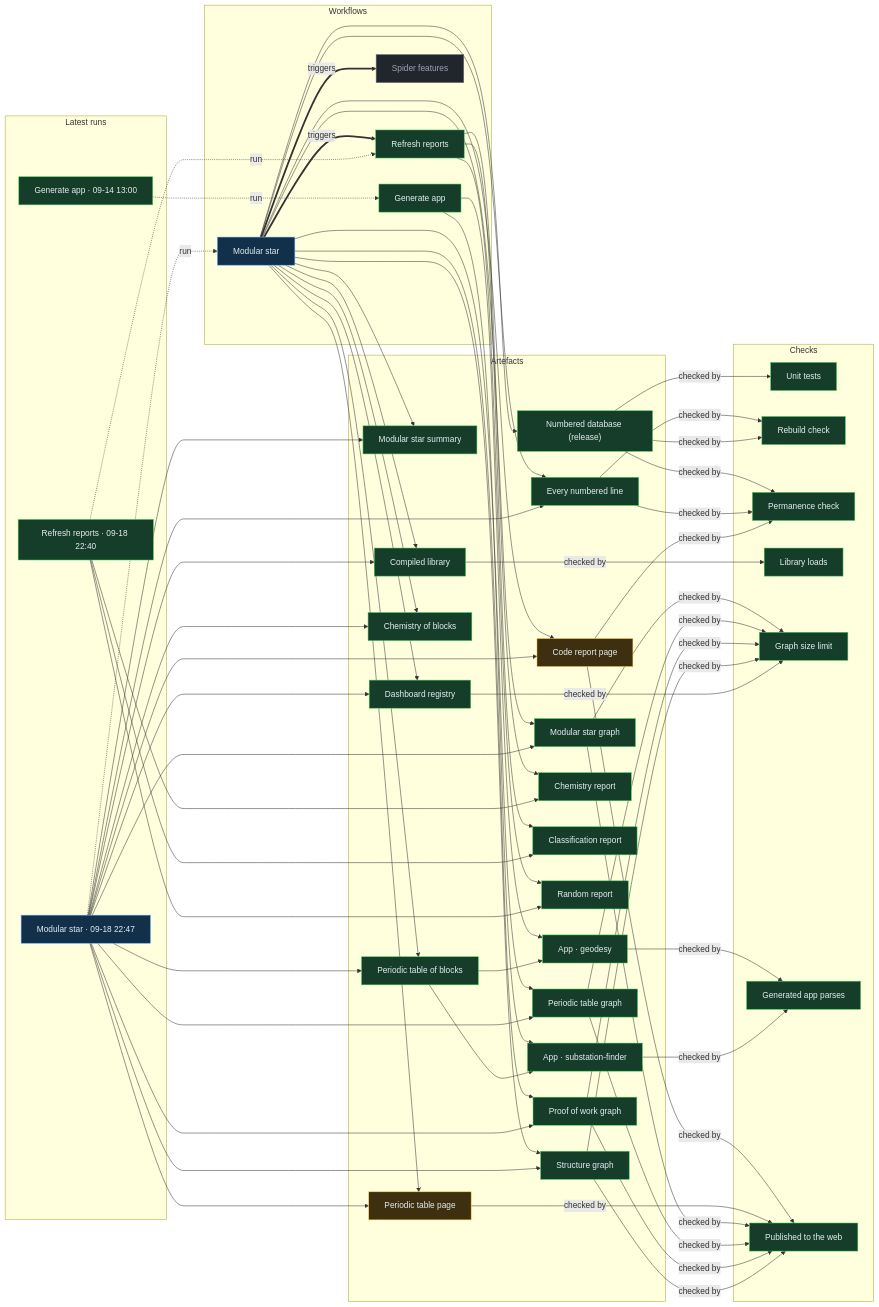
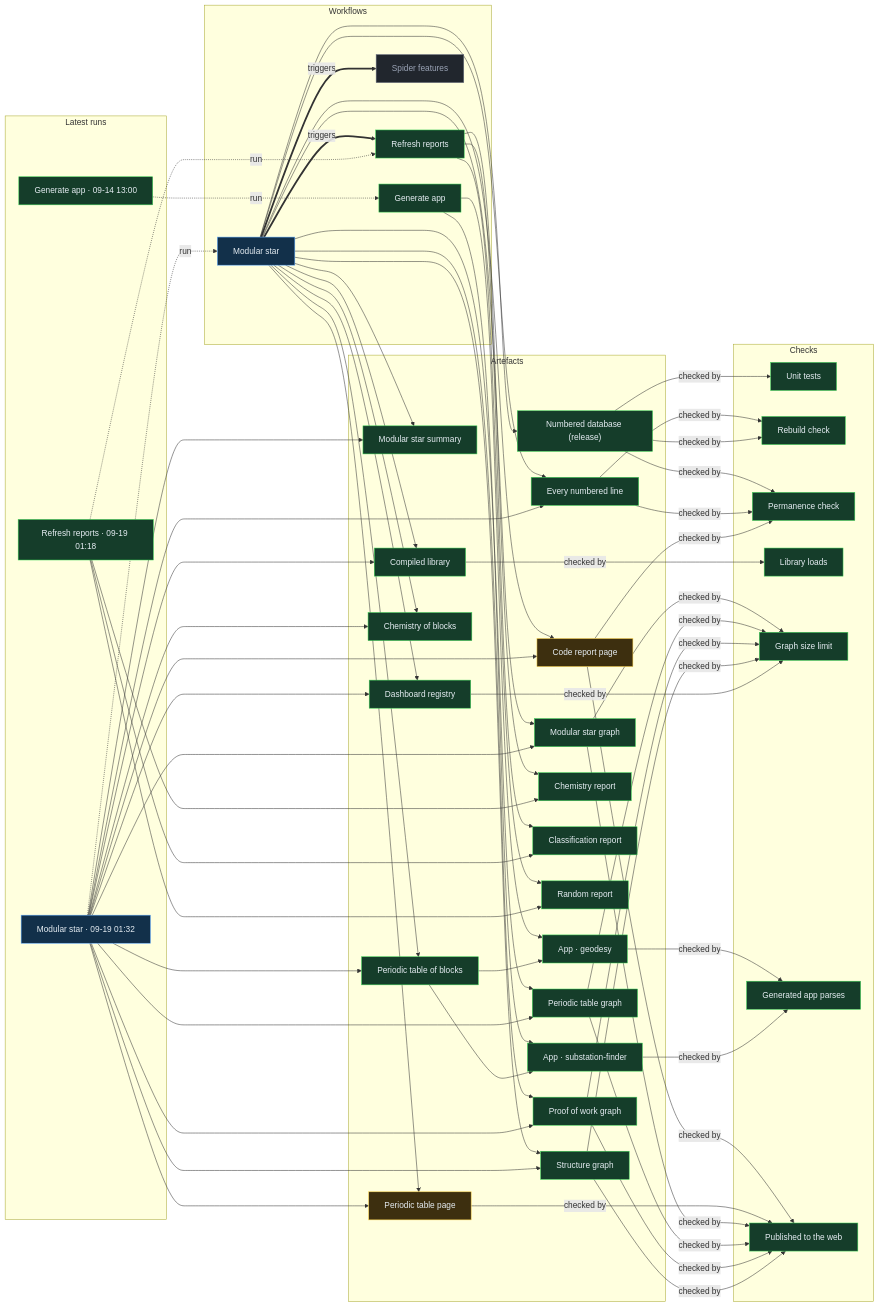
The diagram in proof/PROOF.md (Ventusltd/stars), drawn with Mermaid before and after one commit. The commit also changed other lines of this file and 106 other files, not shown here.

Commit message:
Modular star 2026-09-19T01:34Z

```diff
--- a/proof/PROOF.md
+++ b/proof/PROOF.md
@@ -24,8 +24,8 @@
   n_wf_spider_features["Spider features"]:::off
   end
   subgraph g_runs["Latest runs"]
-  n_run_35403071388["Modular star · 09-18 22:47"]:::live
-  n_run_35402617742["Refresh reports · 09-18 22:40"]:::ok
+  n_run_35412979773["Modular star · 09-19 01:32"]:::live
+  n_run_35412236146["Refresh reports · 09-19 01:18"]:::ok
   n_run_34846587798["Generate app · 09-14 13:00"]:::ok
   end
   subgraph g_artefacts["Artefacts"]
@@ -59,39 +59,39 @@
   end
   n_wf_modular_star == triggers ==> n_wf_refresh
   n_wf_modular_star == triggers ==> n_wf_spider_features
-  n_run_35403071388 -. run .-> n_wf_modular_star
-  n_run_35402617742 -. run .-> n_wf_refresh
+  n_run_35412979773 -. run .-> n_wf_modular_star
+  n_run_35412236146 -. run .-> n_wf_refresh
   n_run_34846587798 -. run .-> n_wf_generate
   n_wf_modular_star --> n_art_summary
-  n_run_35403071388 --> n_art_summary
+  n_run_35412979773 --> n_art_summary
   n_wf_modular_star --> n_art_lines
-  n_run_35403071388 --> n_art_lines
+  n_run_35412979773 --> n_art_lines
   n_wf_modular_star --> n_art_code
-  n_run_35403071388 --> n_art_code
+  n_run_35412979773 --> n_art_code
   n_wf_modular_star --> n_art_modular_graph
-  n_run_35403071388 --> n_art_modular_graph
+  n_run_35412979773 --> n_art_modular_graph
   n_wf_modular_star --> n_art_blocks
-  n_run_35403071388 --> n_art_blocks
+  n_run_35412979773 --> n_art_blocks
   n_wf_modular_star --> n_art_table
-  n_run_35403071388 --> n_art_table
+  n_run_35412979773 --> n_art_table
   n_wf_modular_star --> n_art_blocks_graph
-  n_run_35403071388 --> n_art_blocks_graph
+  n_run_35412979773 --> n_art_blocks_graph
   n_wf_modular_star --> n_art_reactions
-  n_run_35403071388 --> n_art_reactions
+  n_run_35412979773 --> n_art_reactions
   n_wf_modular_star --> n_art_library
-  n_run_35403071388 --> n_art_library
+  n_run_35412979773 --> n_art_library
   n_wf_modular_star --> n_art_features
-  n_run_35403071388 --> n_art_features
+  n_run_35412979773 --> n_art_features
   n_wf_modular_star --> n_art_proof
-  n_run_35403071388 --> n_art_proof
+  n_run_35412979773 --> n_art_proof
   n_wf_modular_star --> n_art_structure
-  n_run_35403071388 --> n_art_structure
+  n_run_35412979773 --> n_art_structure
   n_wf_refresh --> n_art_chemistry
-  n_run_35402617742 --> n_art_chemistry
+  n_run_35412236146 --> n_art_chemistry
   n_wf_refresh --> n_art_vedic
-  n_run_35402617742 --> n_art_vedic
+  n_run_35412236146 --> n_art_vedic
   n_wf_refresh --> n_art_random
-  n_run_35402617742 --> n_art_random
+  n_run_35412236146 --> n_art_random
   n_wf_modular_star --> n_art_release
   n_wf_generate --> n_app_geodesy
   n_art_blocks --> n_app_geodesy
```
